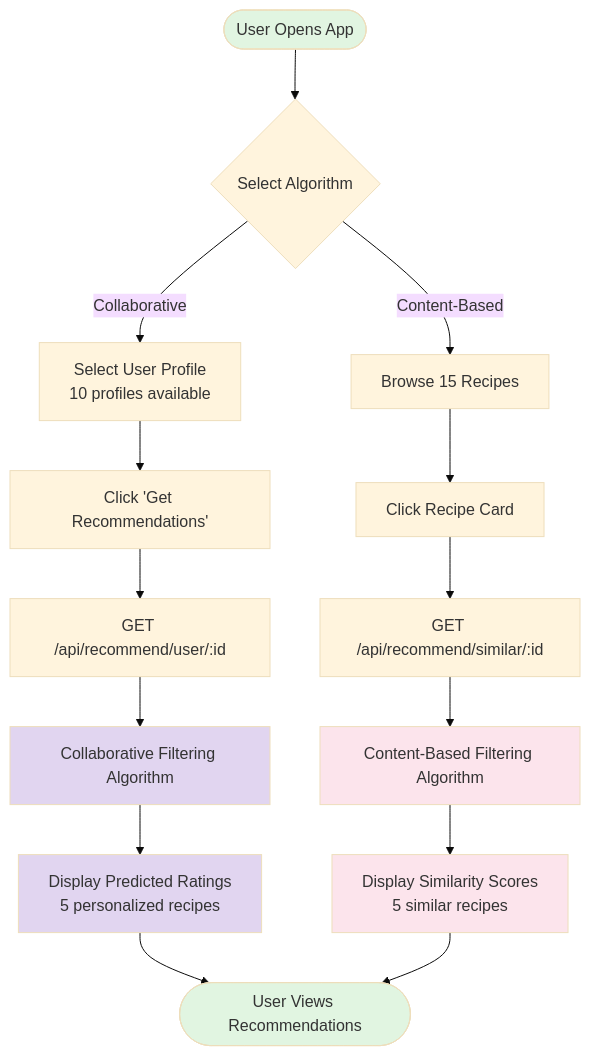
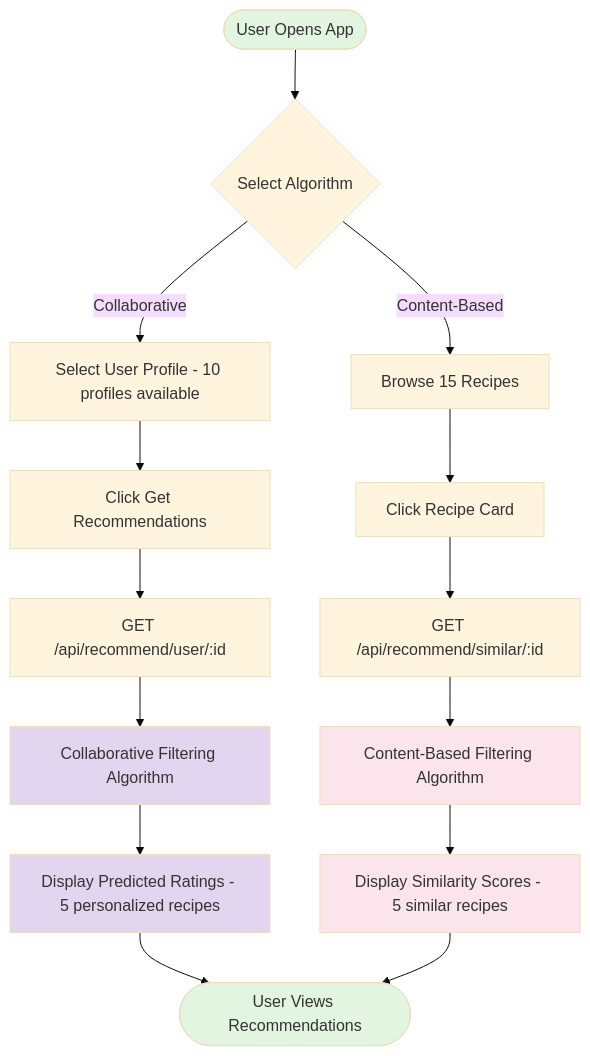
One commit to PritDudhia/RecipeRecommender changed the first of 9 diagrams in docs/FEATURE2-VISUAL-FLOW.md. Above: the diagram before and after it, drawn with Mermaid (base theme). The commit also changed other lines of this file, not shown here.

Commit message:
fix: Remove HTML tags from Mermaid diagrams in Feature 2 documentation

````diff
--- a/docs/FEATURE2-VISUAL-FLOW.md
+++ b/docs/FEATURE2-VISUAL-FLOW.md
@@ -13,28 +13,28 @@
 ```mermaid
 graph TB
     Start([User Opens App]) --> TabSelect{Select Algorithm}
     
-    TabSelect -->|Collaborative| UserSelect[Select User Profile<br/>10 profiles available]
+    TabSelect -->|Collaborative| UserSelect[Select User Profile - 10 profiles available]
     TabSelect -->|Content-Based| RecipeSelect[Browse 15 Recipes]
     
-    UserSelect --> GetRecs[Click 'Get Recommendations']
+    UserSelect --> GetRecs[Click Get Recommendations]
     GetRecs --> API1[GET /api/recommend/user/:id]
     API1 --> ColabAlgo[Collaborative Filtering Algorithm]
     
     RecipeSelect --> ClickRecipe[Click Recipe Card]
     ClickRecipe --> API2[GET /api/recommend/similar/:id]
     API2 --> ContentAlgo[Content-Based Filtering Algorithm]
     
-    ColabAlgo --> Result1[Display Predicted Ratings<br/>5 personalized recipes]
-    ContentAlgo --> Result2[Display Similarity Scores<br/>5 similar recipes]
+    ColabAlgo --> Result1[Display Predicted Ratings - 5 personalized recipes]
+    ContentAlgo --> Result2[Display Similarity Scores - 5 similar recipes]
     
     Result1 --> End([User Views Recommendations])
     Result2 --> End
     
     style Start fill:#e1f5e1
     style End fill:#e1f5e1
     style ColabAlgo fill:#e1d5f0
     style ContentAlgo fill:#fce4ec
     style Result1 fill:#e1d5f0
     style Result2 fill:#fce4ec
 ```
````
